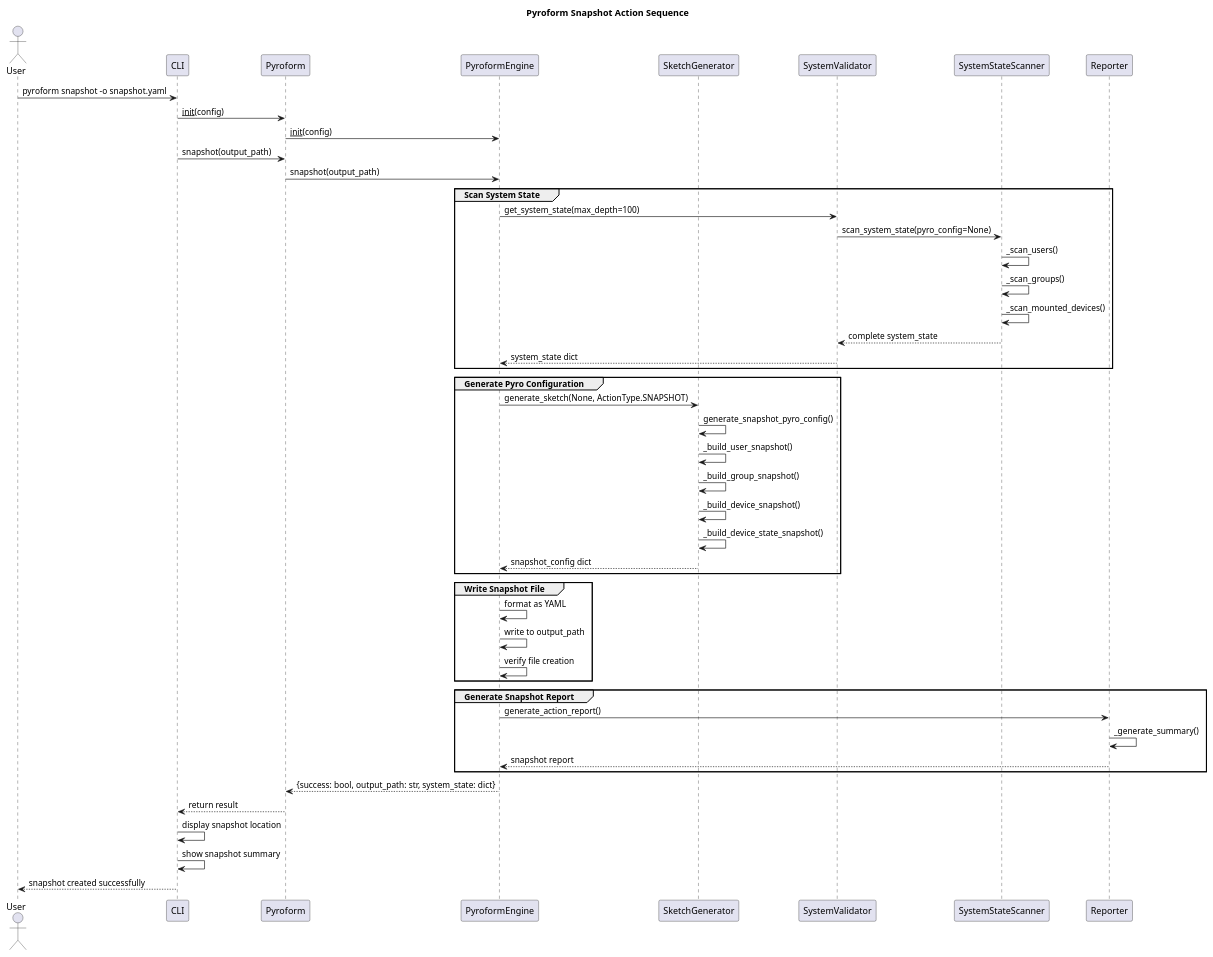
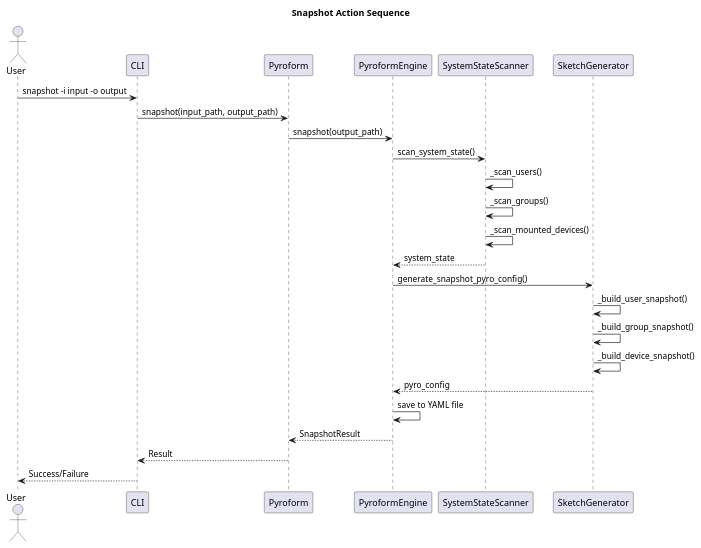
The diagram in pyroform/dox/Diagrams/pyroform_action_snapshot.puml (Del-Tango/Pyroform), drawn with PlantUML before and after one commit. The commit also changed 29 other files, not shown here.

Commit message:
Updated PlantUML diagrams and README file

```diff
--- a/pyroform/dox/Diagrams/pyroform_action_snapshot.puml
+++ b/pyroform/dox/Diagrams/pyroform_action_snapshot.puml
@@ -1,58 +1,28 @@
-@startuml Pyroform_Snapshot_Sequence
-title Pyroform Snapshot Action Sequence
+@startuml
+title Snapshot Action Sequence
 
 actor User
 participant CLI
 participant Pyroform
 participant PyroformEngine
+participant SystemStateScanner
 participant SketchGenerator
-participant SystemValidator
-participant SystemStateScanner
-participant Reporter
 
-User -> CLI: pyroform snapshot -o snapshot.yaml
-CLI -> Pyroform: __init__(config)
-Pyroform -> PyroformEngine: __init__(config)
-
-CLI -> Pyroform: snapshot(output_path)
+User -> CLI: snapshot -i input -o output
+CLI -> Pyroform: snapshot(input_path, output_path)
 Pyroform -> PyroformEngine: snapshot(output_path)
-
-group Scan System State
-    PyroformEngine -> SystemValidator: get_system_state(max_depth=100)
-    SystemValidator -> SystemStateScanner: scan_system_state(pyro_config=None)
-    SystemStateScanner -> SystemStateScanner: _scan_users()
-    SystemStateScanner -> SystemStateScanner: _scan_groups()
-    SystemStateScanner -> SystemStateScanner: _scan_mounted_devices()
-    SystemStateScanner --> SystemValidator: complete system_state
-    SystemValidator --> PyroformEngine: system_state dict
-end
-
-group Generate Pyro Configuration
-    PyroformEngine -> SketchGenerator: generate_sketch(None, ActionType.SNAPSHOT)
-    SketchGenerator -> SketchGenerator: generate_snapshot_pyro_config()
-    SketchGenerator -> SketchGenerator: _build_user_snapshot()
-    SketchGenerator -> SketchGenerator: _build_group_snapshot()
-    SketchGenerator -> SketchGenerator: _build_device_snapshot()
-    SketchGenerator -> SketchGenerator: _build_device_state_snapshot()
-    SketchGenerator --> PyroformEngine: snapshot_config dict
-end
-
-group Write Snapshot File
-    PyroformEngine -> PyroformEngine: format as YAML
-    PyroformEngine -> PyroformEngine: write to output_path
-    PyroformEngine -> PyroformEngine: verify file creation
-end
-
-group Generate Snapshot Report
-    PyroformEngine -> Reporter: generate_action_report()
-    Reporter -> Reporter: _generate_summary()
-    Reporter --> PyroformEngine: snapshot report
-end
-
-PyroformEngine --> Pyroform: {success: bool, output_path: str, system_state: dict}
-Pyroform --> CLI: return result
-CLI -> CLI: display snapshot location
-CLI -> CLI: show snapshot summary
-CLI --> User: snapshot created successfully
-
+PyroformEngine -> SystemStateScanner: scan_system_state()
+SystemStateScanner -> SystemStateScanner: _scan_users()
+SystemStateScanner -> SystemStateScanner: _scan_groups()
+SystemStateScanner -> SystemStateScanner: _scan_mounted_devices()
+SystemStateScanner --> PyroformEngine: system_state
+PyroformEngine -> SketchGenerator: generate_snapshot_pyro_config()
+SketchGenerator -> SketchGenerator: _build_user_snapshot()
+SketchGenerator -> SketchGenerator: _build_group_snapshot()
+SketchGenerator -> SketchGenerator: _build_device_snapshot()
+SketchGenerator --> PyroformEngine: pyro_config
+PyroformEngine -> PyroformEngine: save to YAML file
+PyroformEngine --> Pyroform: SnapshotResult
+Pyroform --> CLI: Result
+CLI --> User: Success/Failure
 @enduml
```
